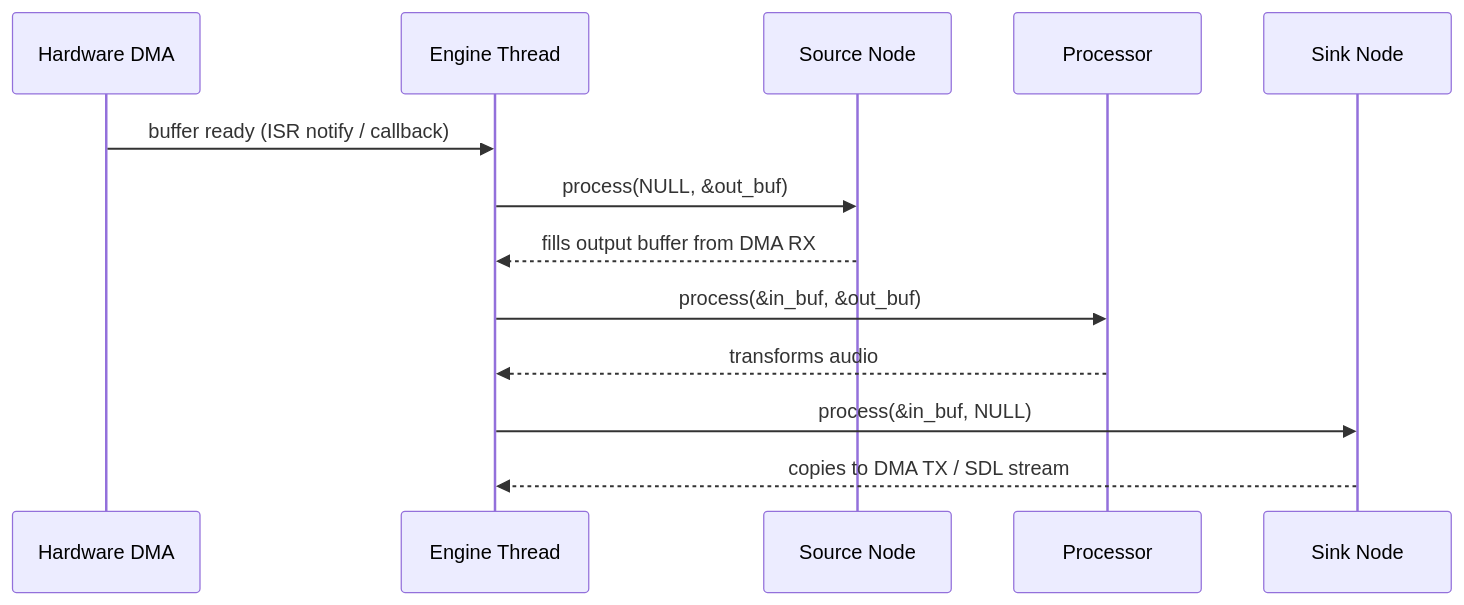
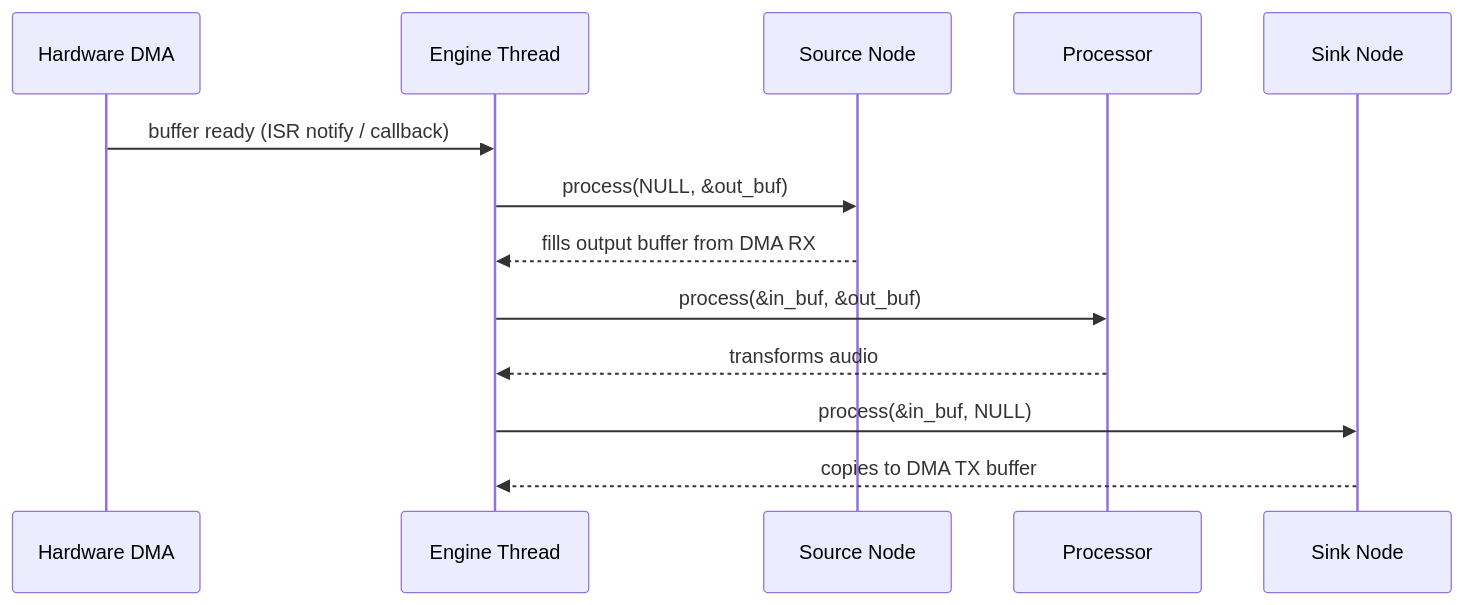
Before and after one commit to Varcain/oveRTOS: the third of 6 diagrams in docs-site/docs/api/audio.md, drawn with Mermaid. The commit also changed other lines of this file and 452 other files, not shown here.

````diff
--- a/docs-site/docs/api/audio.md
+++ b/docs-site/docs/api/audio.md
@@ -57,16 +57,16 @@
 ```mermaid
 sequenceDiagram
     participant DMA as Hardware DMA
     participant Engine as Engine Thread
     participant Src as Source Node
     participant Proc as Processor
     participant Sink as Sink Node
 
     DMA->>Engine: buffer ready (ISR notify / callback)
     Engine->>Src: process(NULL, &out_buf)
     Src-->>Engine: fills output buffer from DMA RX
     Engine->>Proc: process(&in_buf, &out_buf)
     Proc-->>Engine: transforms audio
     Engine->>Sink: process(&in_buf, NULL)
-    Sink-->>Engine: copies to DMA TX / SDL stream
+    Sink-->>Engine: copies to DMA TX buffer
 ```
````
